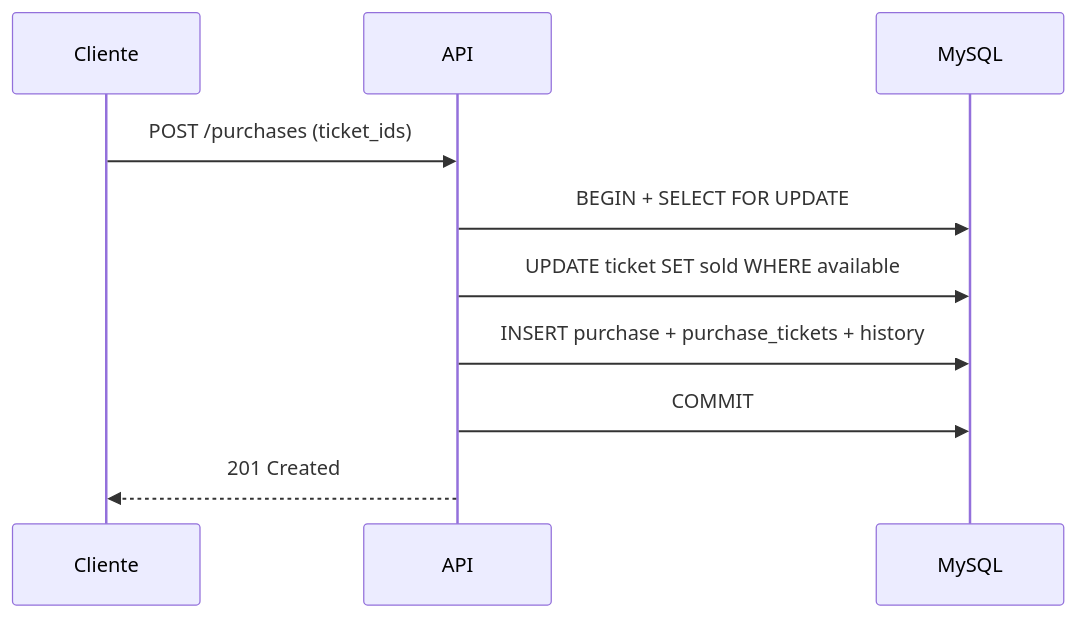
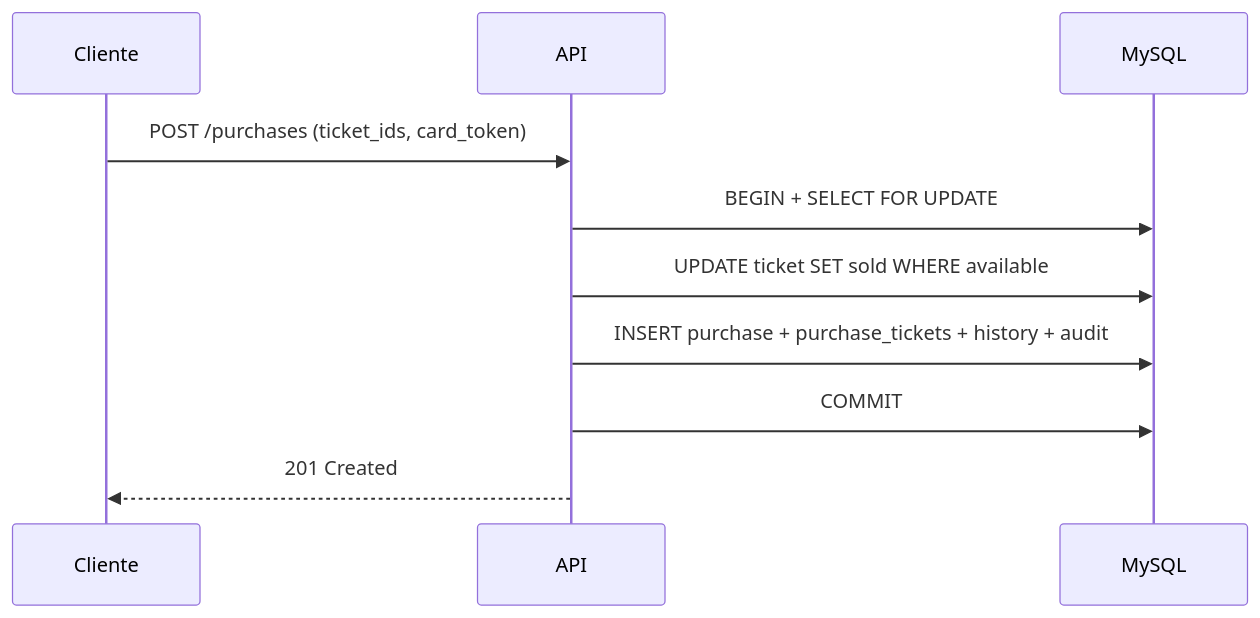
Before and after one commit to vivianeaguiarc/ticket-sales: the diagram in README.md, drawn with Mermaid. The commit also changed other lines of this file and 6 other files, not shown here.

````diff
--- a/README.md
+++ b/README.md
@@ -592,13 +395,13 @@
 ```mermaid
 sequenceDiagram
     participant Cliente
     participant API
     participant MySQL
 
-    Cliente->>API: POST /purchases (ticket_ids)
+    Cliente->>API: POST /purchases (ticket_ids, card_token)
     API->>MySQL: BEGIN + SELECT FOR UPDATE
     API->>MySQL: UPDATE ticket SET sold WHERE available
-    API->>MySQL: INSERT purchase + purchase_tickets + history
+    API->>MySQL: INSERT purchase + purchase_tickets + history + audit
     API->>MySQL: COMMIT
     API-->>Cliente: 201 Created
 ```
````
